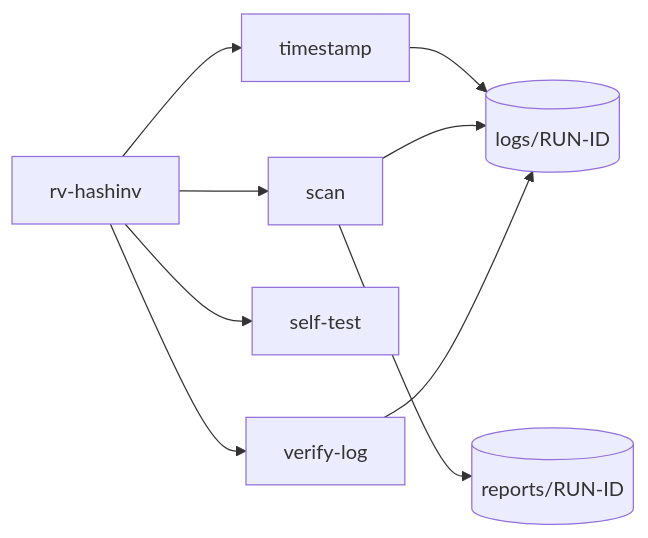
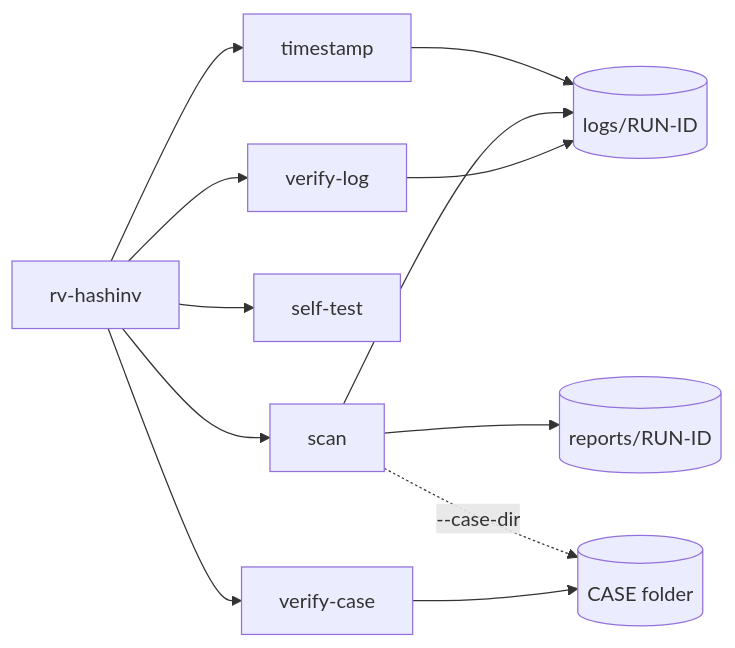
Before and after one commit to Panacota96/rakvor-forge-sample: the diagram in docs/usage-cli.md, drawn with Mermaid. The commit also changed other lines of this file and 58 other files, not shown here.

First line of the commit message:
feat: case folder, docs (theory, admissibility, installation, usage), source-auditable licence and review fixes

````diff
--- a/docs/usage-cli.md
+++ b/docs/usage-cli.md
@@ -5,11 +5,14 @@
 ```mermaid
 flowchart LR
   A[rv-hashinv] --> B[scan]
   A --> C[verify-log]
   A --> D[self-test]
   A --> T[timestamp]
+  A --> V[verify-case]
   T --> E
   B --> E[(logs/RUN-ID)]
   B --> F[(reports/RUN-ID)]
+  B -. --case-dir .-> K[(CASE folder)]
+  V --> K
   C --> E
 ```
````
